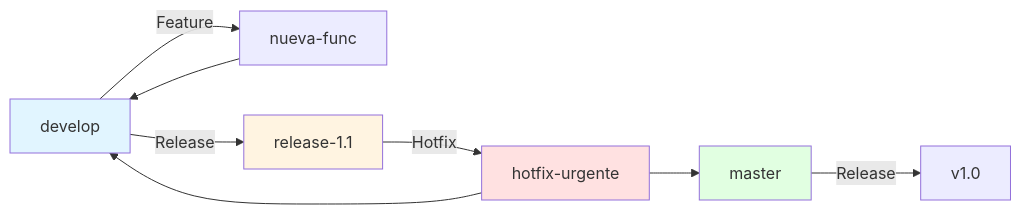
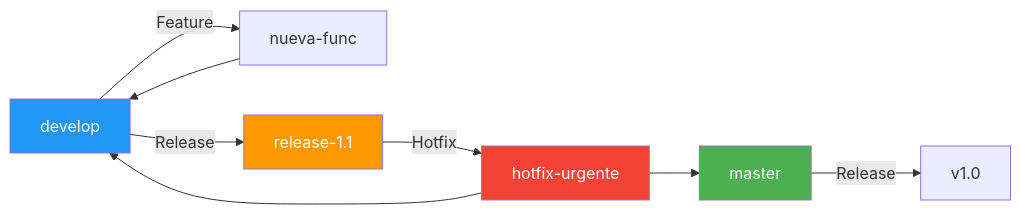
Diagram 16 of 17 in 02-git-avanzado.md (joseluisgs/EntornosDesarrollo-03-2026-2027), drawn with Mermaid before and after one commit. The commit also changed other lines of this file and 5 other files, not shown here.

````diff
--- a/02-git-avanzado.md
+++ b/02-git-avanzado.md
@@ -478,15 +729,15 @@
 ```mermaid
 graph LR
     A[master] -->|Release| B[v1.0]
     C[develop] -->|Feature| D[nueva-func]
     D --> C
     C -->|Release| E[release-1.1]
     E -->|Hotfix| F[hotfix-urgente]
     F --> A
     F --> C
     
-    style A fill:#e1ffe1
-    style C fill:#e1f5ff
-    style E fill:#fff4e1
-    style F fill:#ffe1e1
+    style A fill:#4CAF50,color:#fff
+    style C fill:#2196F3,color:#fff
+    style E fill:#FF9800,color:#fff
+    style F fill:#f44336,color:#fff
 ```
````
